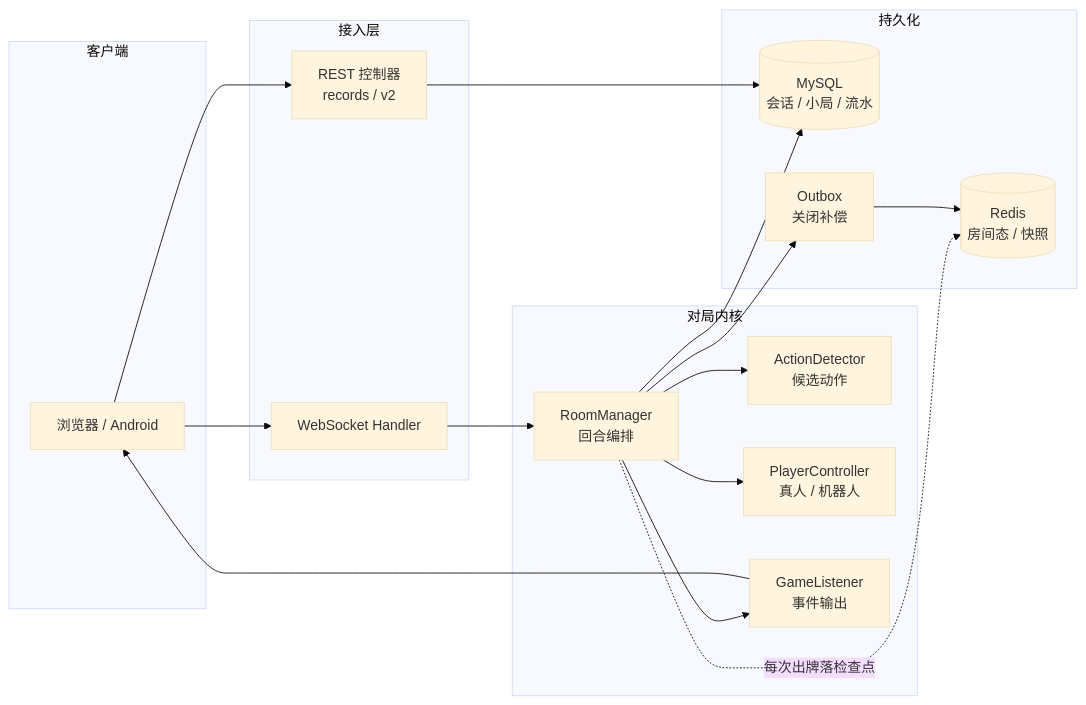
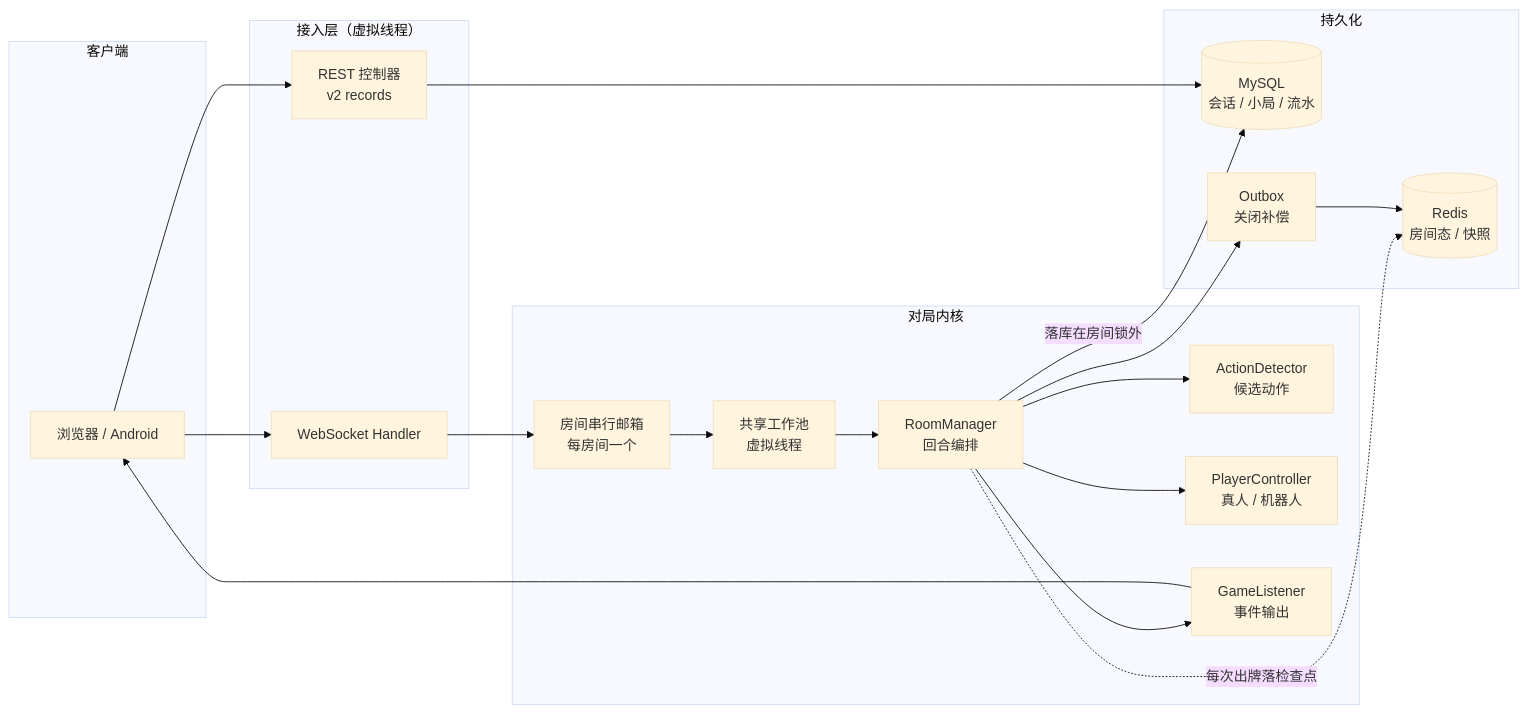
The diagram in README.md (jiangpa1/HainanMaJhong), drawn with Mermaid (base theme) before and after one commit. The commit also changed other lines of this file and 3 other files, not shown here.

````diff
--- a/README.md
+++ b/README.md
@@ -34,30 +44,33 @@
 ```mermaid
 flowchart LR
     subgraph client["客户端"]
         W["浏览器 / Android"]
     end
-    subgraph edge["接入层"]
+    subgraph edge["接入层（虚拟线程）"]
         WS["WebSocket Handler"]
-        HTTP["REST 控制器<br/>records / v2"]
+        HTTP["REST 控制器<br/>v2 records"]
     end
     subgraph engine["对局内核"]
         RM["RoomManager<br/>回合编排"]
         AD["ActionDetector<br/>候选动作"]
         PC["PlayerController<br/>真人 / 机器人"]
         GL["GameListener<br/>事件输出"]
+        MB["房间串行邮箱<br/>每房间一个"]
+        WP["共享工作池<br/>虚拟线程"]
     end
     subgraph store["持久化"]
         DB[("MySQL<br/>会话 / 小局 / 流水")]
         RD[("Redis<br/>房间态 / 快照")]
         OB["Outbox<br/>关闭补偿"]
     end
-    W --> WS --> RM
+    W --> WS --> MB
     W --> HTTP --> DB
+    MB --> WP --> RM
     RM --> AD
     RM --> PC
     RM --> GL --> W
     RM -.->|"每次出牌落检查点"| RD
-    RM --> DB
+    RM -->|"落库在房间锁外"| DB
     RM --> OB
     OB --> RD
 ```
````
